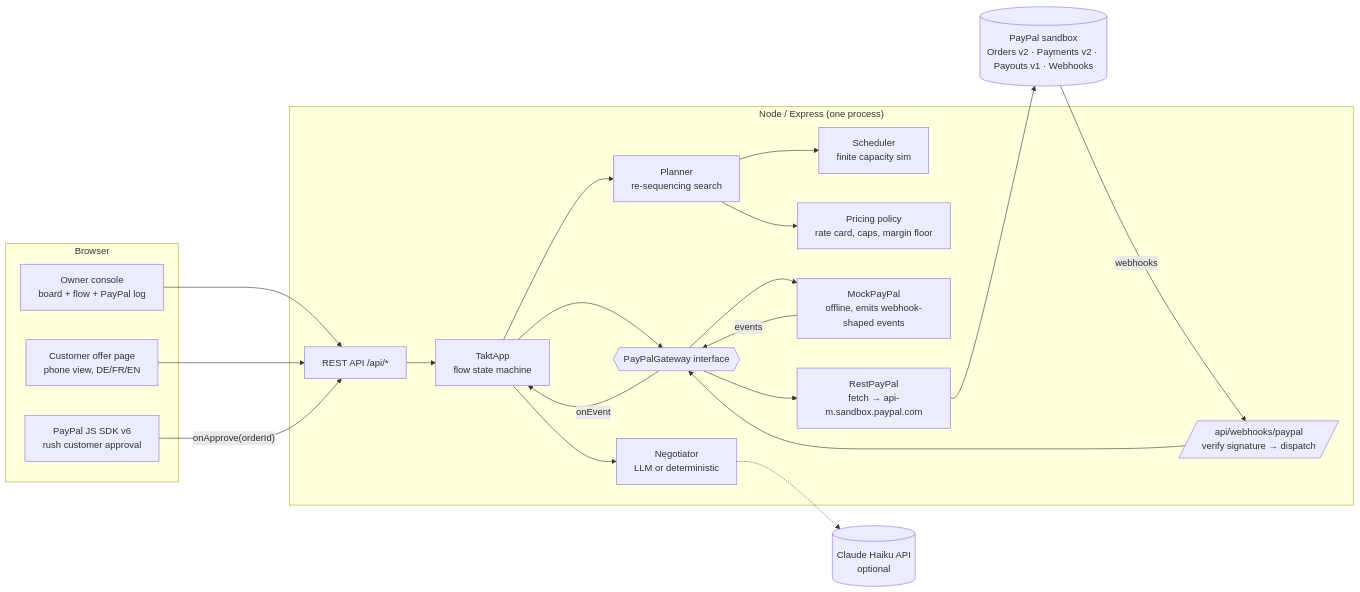
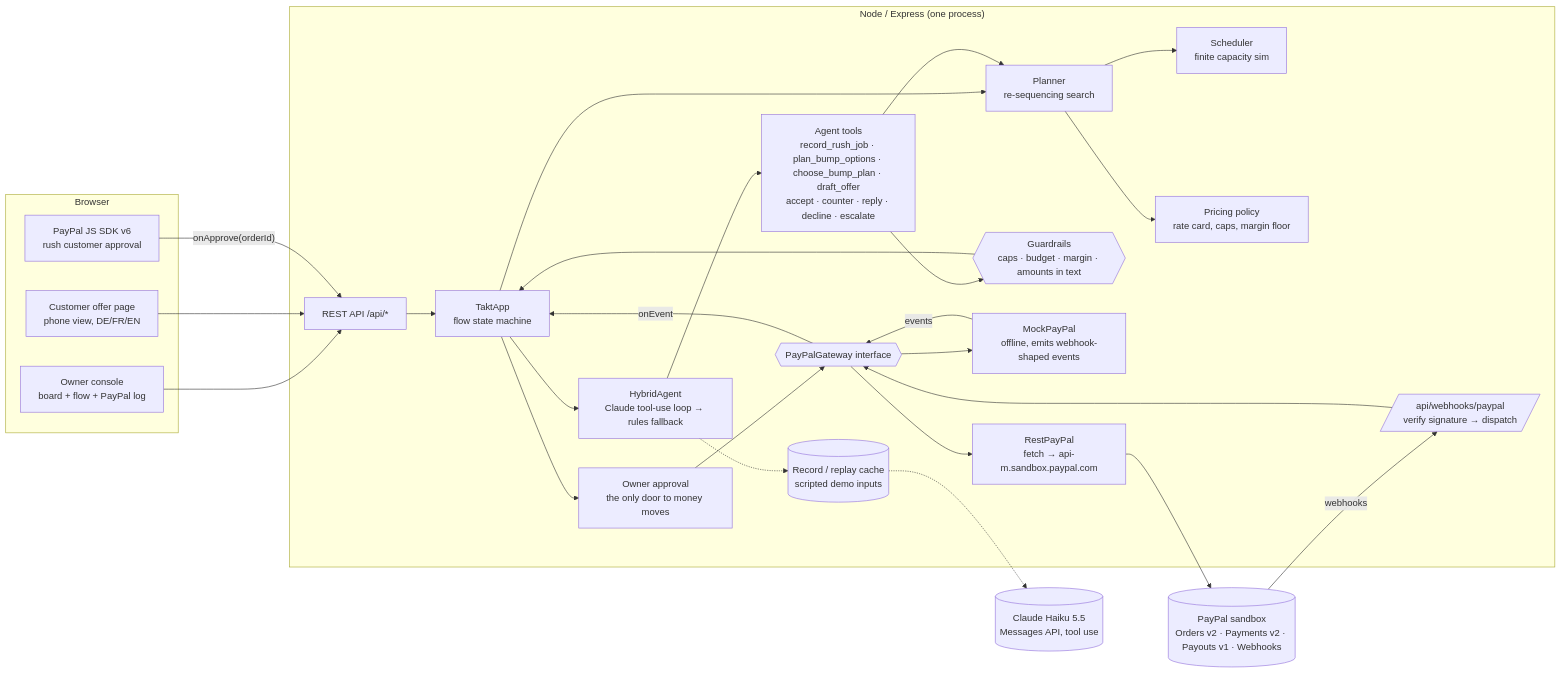
The first of 3 diagrams in docs/ARCHITECTURE.md (Frankkkyy/takt), drawn with Mermaid before and after one commit. The commit also changed other lines of this file and 66 other files, not shown here.

````diff
--- a/docs/ARCHITECTURE.md
+++ b/docs/ARCHITECTURE.md
@@ -8,38 +8,45 @@
 ```mermaid
 flowchart LR
   subgraph Browser
     OW[Owner console<br/>board + flow + PayPal log]
     OF[Customer offer page<br/>phone view, DE/FR/EN]
     SDK[PayPal JS SDK v6<br/>rush customer approval]
   end
 
   subgraph Server["Node / Express (one process)"]
     API[REST API /api/*]
     APP[TaktApp<br/>flow state machine]
     PL[Planner<br/>re-sequencing search]
     SC[Scheduler<br/>finite capacity sim]
     PR[Pricing policy<br/>rate card, caps, margin floor]
-    AG[Negotiator<br/>LLM or deterministic]
+    AG[HybridAgent<br/>Claude tool-use loop → rules fallback]
+    TL[Agent tools<br/>record_rush_job · plan_bump_options · choose_bump_plan · draft_offer<br/>accept · counter · reply · decline · escalate]
+    GR{{Guardrails<br/>caps · budget · margin · amounts in text}}
+    OK[Owner approval<br/>the only door to money moves]
+    RC[(Record / replay cache<br/>scripted demo inputs)]
     GW{{PayPalGateway interface}}
     MOCK[MockPayPal<br/>offline, emits webhook-shaped events]
     REST[RestPayPal<br/>fetch → api-m.sandbox.paypal.com]
     WH[/api/webhooks/paypal<br/>verify signature → dispatch/]
   end
 
   PP[(PayPal sandbox<br/>Orders v2 · Payments v2 · Payouts v1 · Webhooks)]
-  LLM[(Claude Haiku API<br/>optional)]
+  LLM[(Claude Haiku 5.5<br/>Messages API, tool use)]
 
   OW --> API
   OF --> API
   SDK -- onApprove(orderId) --> API
   API --> APP
   APP --> PL --> SC
   PL --> PR
-  APP --> AG -.-> LLM
-  APP --> GW
+  APP --> AG --> TL --> GR
+  TL --> PL
+  AG -.-> RC -.-> LLM
+  GR --> APP
+  APP --> OK --> GW
   GW --> MOCK
   GW --> REST --> PP
   PP -- webhooks --> WH --> GW
   MOCK -- events --> GW
   GW -- onEvent --> APP
 ```
````
